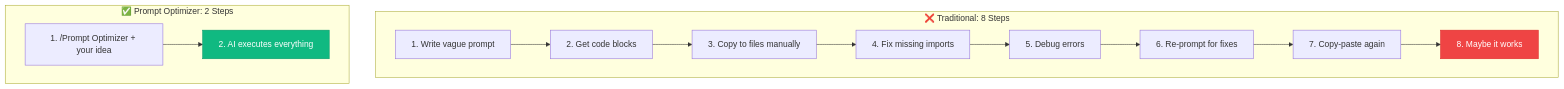
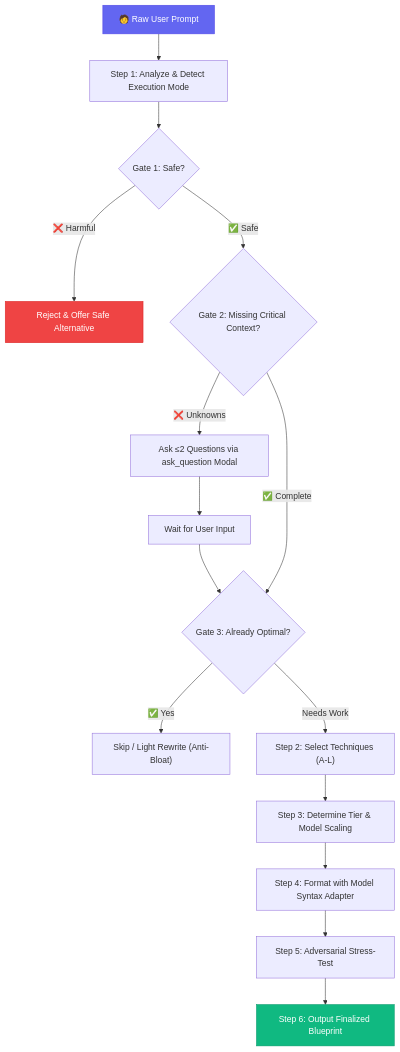
The third of 3 diagrams in README.md (mhammed2008/prompt-optimizer), drawn with Mermaid before and after one commit. The commit also changed other lines of this file, not shown here.

````diff
--- a/README.md
+++ b/README.md
@@ -272,19 +173,27 @@
 ```mermaid
-graph TD
-    subgraph "❌ Traditional: 8 Steps"
-        T1["1. Write vague prompt"] --> T2["2. Get code blocks"]
-        T2 --> T3["3. Copy to files manually"]
-        T3 --> T4["4. Fix missing imports"]
-        T4 --> T5["5. Debug errors"]
-        T5 --> T6["6. Re-prompt for fixes"]
-        T6 --> T7["7. Copy-paste again"]
-        T7 --> T8["8. Maybe it works"]
-    end
+flowchart TD
+    RAW["🧑 Raw User Prompt"] --> ST1["Step 1: Analyze & Detect Execution Mode"]
+    
+    ST1 --> G1{"Gate 1: Safe?"}
+    G1 -->|"❌ Harmful"| REJ["Reject & Offer Safe Alternative"]
+    G1 -->|"✅ Safe"| G2
+    
+    G2{"Gate 2: Missing Critical Context?"}
+    G2 -->|"❌ Unknowns"| ASK["Ask ≤2 Questions via ask_question Modal"]
+    ASK --> ANS["Wait for User Input"]
+    ANS --> G3
+    G2 -->|"✅ Complete"| G3
+    
+    G3{"Gate 3: Already Optimal?"}
+    G3 -->|"✅ Yes"| SKIP["Skip / Light Rewrite (Anti-Bloat)"]
+    G3 -->|"Needs Work"| ST2["Step 2: Select Techniques (A-L)"]
+    
+    ST2 --> ST3["Step 3: Determine Tier & Model Scaling"]
+    ST3 --> ST4["Step 4: Format with Model Syntax Adapter"]
+    ST4 --> ST5["Step 5: Adversarial Stress-Test"]
+    ST5 --> ST6["Step 6: Output Finalized Blueprint"]
 
-    subgraph "✅ Prompt Optimizer: 2 Steps"
-        P1["1. /Prompt Optimizer + your idea"] --> P2["2. AI executes everything"]
-    end
-
-    style T8 fill:#ef4444,stroke:#dc2626,color:#fff
-    style P2 fill:#10b981,stroke:#059669,color:#fff
+    style RAW fill:#6366f1,stroke:#4f46e5,color:#fff
+    style ST6 fill:#10b981,stroke:#059669,color:#fff
+    style REJ fill:#ef4444,stroke:#dc2626,color:#fff
 ```
````
